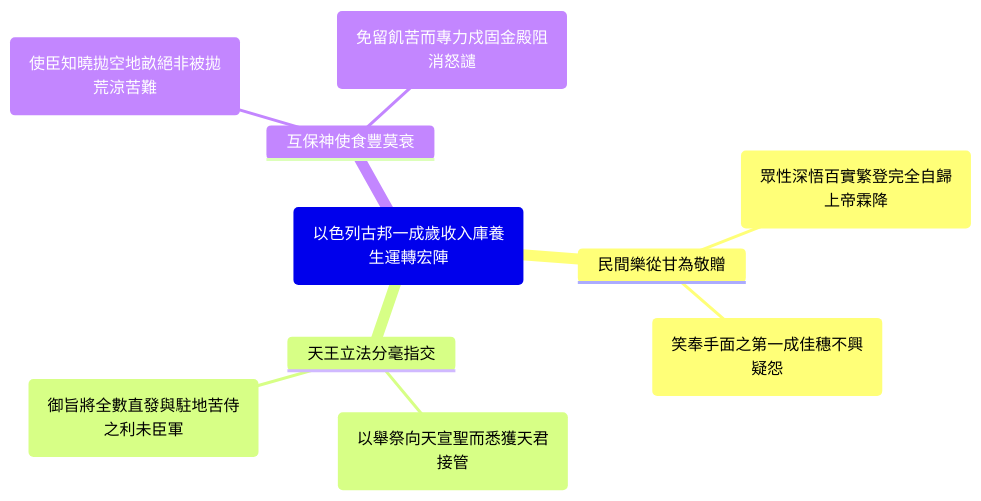
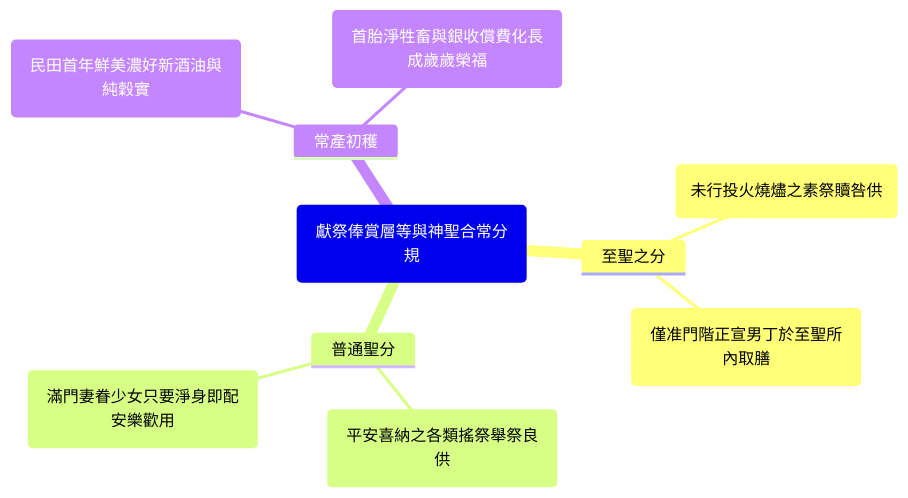
One commit to andyjr5566/Bible_wiki_zh changed the second of 4 diagrams in 04 民數記/第18章.md. Above: the diagram before and after it, drawn with Mermaid. The commit also changed other lines of this file and 23 other files, not shown here.

````diff
--- a/04 民數記/第18章.md
+++ b/04 民數記/第18章.md
@@ -114,13 +94,13 @@
 ```mermaid
 mindmap
-    root("以色列古邦一成歲收入庫養生運轉宏陣")
-        民間樂從甘為敬贈
-            ("眾性深悟百實繁登完全自歸上帝霖降")
-            ("笑奉手面之第一成佳穗不興疑怨")
-        天王立法分毫指交
-            ("以舉祭向天宣聖而悉獲天君接管")
-            ("御旨將全數直發與駐地苦侍之利未臣軍")
-        互保神使食豐莫衰
-            ("使臣知曉拋空地畝絕非被拋荒涼苦難")
-            ("免留飢苦而專力戍固金殿阻消怒譴")
+    root("獻祭俸賞層等與神聖合常分規")
+        至聖之分
+            ("未行投火燒燼之素祭贖咎供")
+            ("僅准門階正宣男丁於至聖所內取膳")
+        普通聖分
+            ("平安喜納之各類搖祭舉祭良供")
+            ("滿門妻眷少女只要淨身即配安樂歡用")
+        常產初穫
+            ("民田首年鮮美濃好新酒油與純穀實")
+            ("首胎淨牲畜與銀收償費化長成歲歲榮福")
 ```
````
